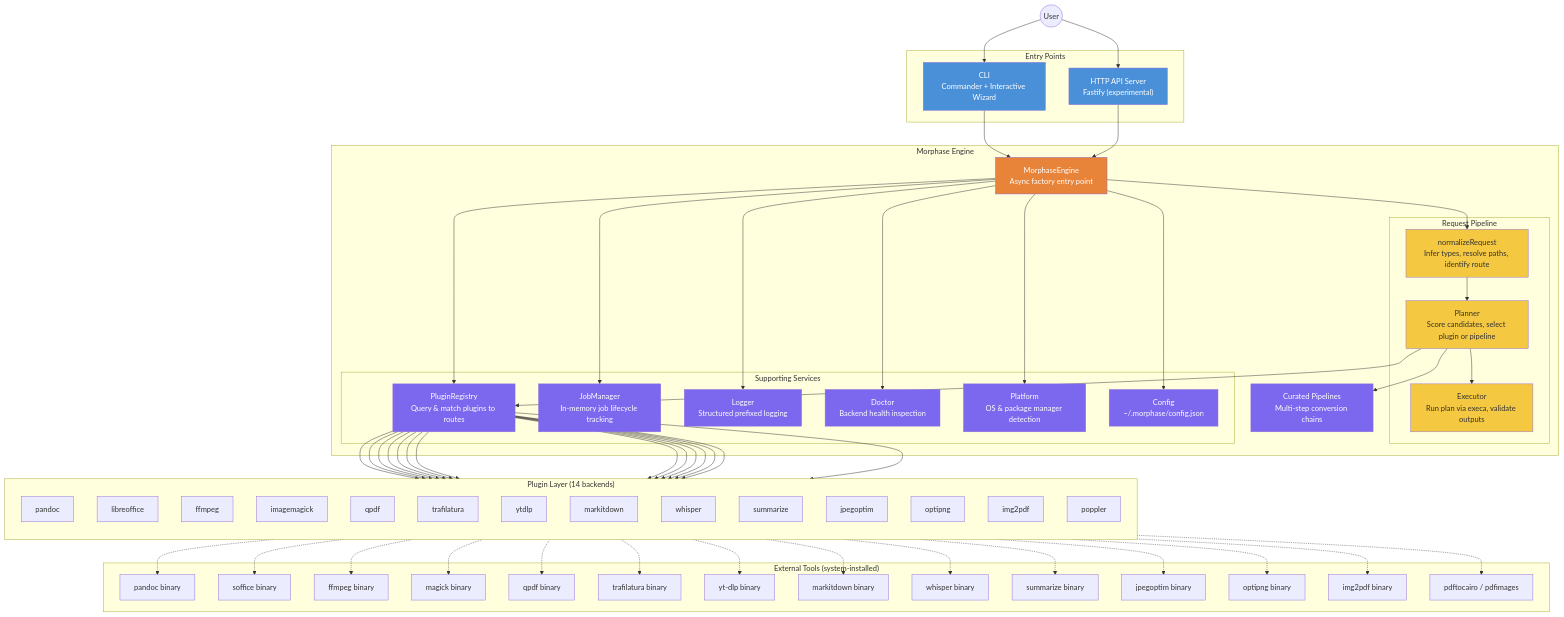
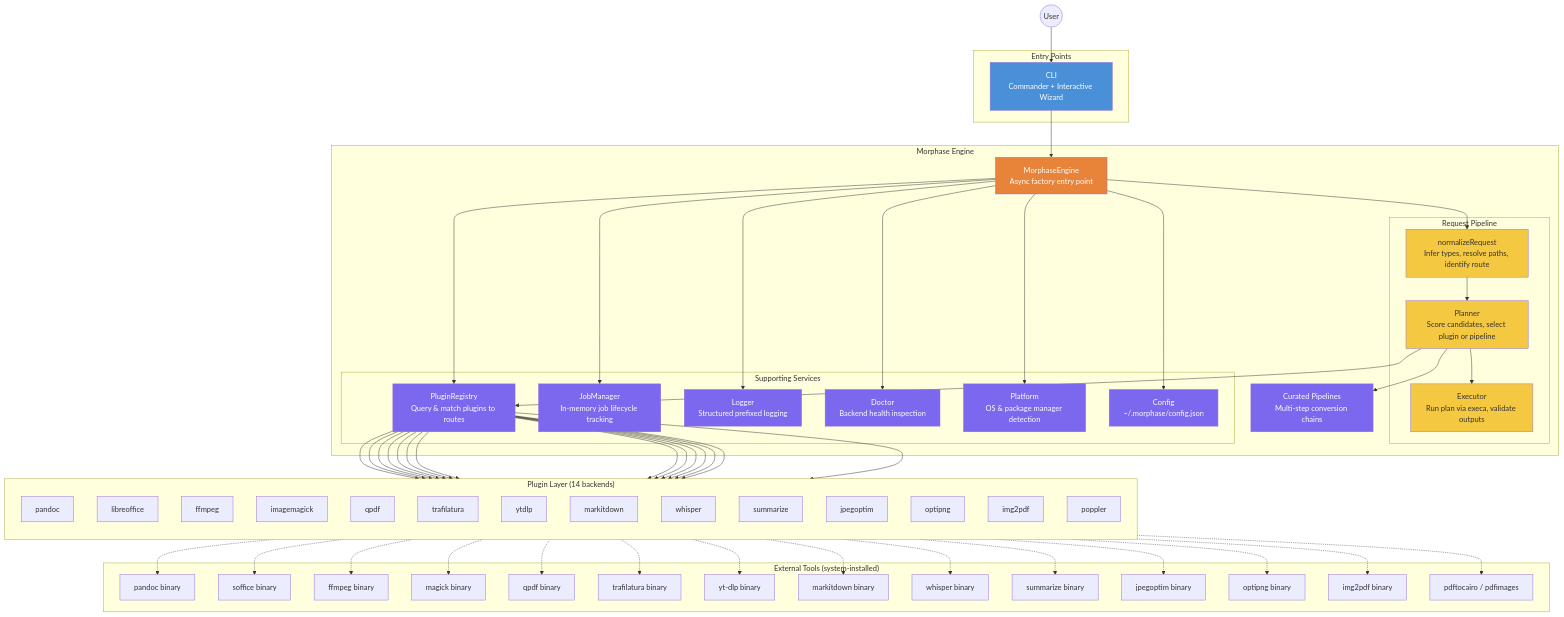
One commit to joeljstephen/morphase changed the first of 7 diagrams in docs/architecture-diagrams.md. Above: the diagram before and after it, drawn with Mermaid. The commit also changed other lines of this file and 18 other files, not shown here.

Commit message:
chore: remove experimental HTTP API server and related configurations, update documentation to reflect CLI-only architecture, and enhance config loading error handling

```diff
--- a/docs/architecture-diagrams.md
+++ b/docs/architecture-diagrams.md
@@ -8,7 +8,6 @@
 
     subgraph "Entry Points"
         CLI["CLI<br/>Commander + Interactive Wizard"]
-        Server["HTTP API Server<br/>Fastify (experimental)"]
     end
 
     subgraph "Morphase Engine"
@@ -67,11 +66,8 @@
         ExtPop["pdftocairo / pdfimages"]
     end
 
+    CLI --> Engine
     User --> CLI
-    User --> Server
-
-    CLI --> Engine
-    Server --> Engine
 
     Engine --> Config
     Engine --> Registry
@@ -105,7 +101,6 @@
     Pop -.-> ExtPop
 
     style CLI fill:#4A90D9,color:#fff
-    style Server fill:#4A90D9,color:#fff
     style Engine fill:#E8833A,color:#fff
     style Normalize fill:#F5C842,color:#333
     style Plan fill:#F5C842,color:#333
```
